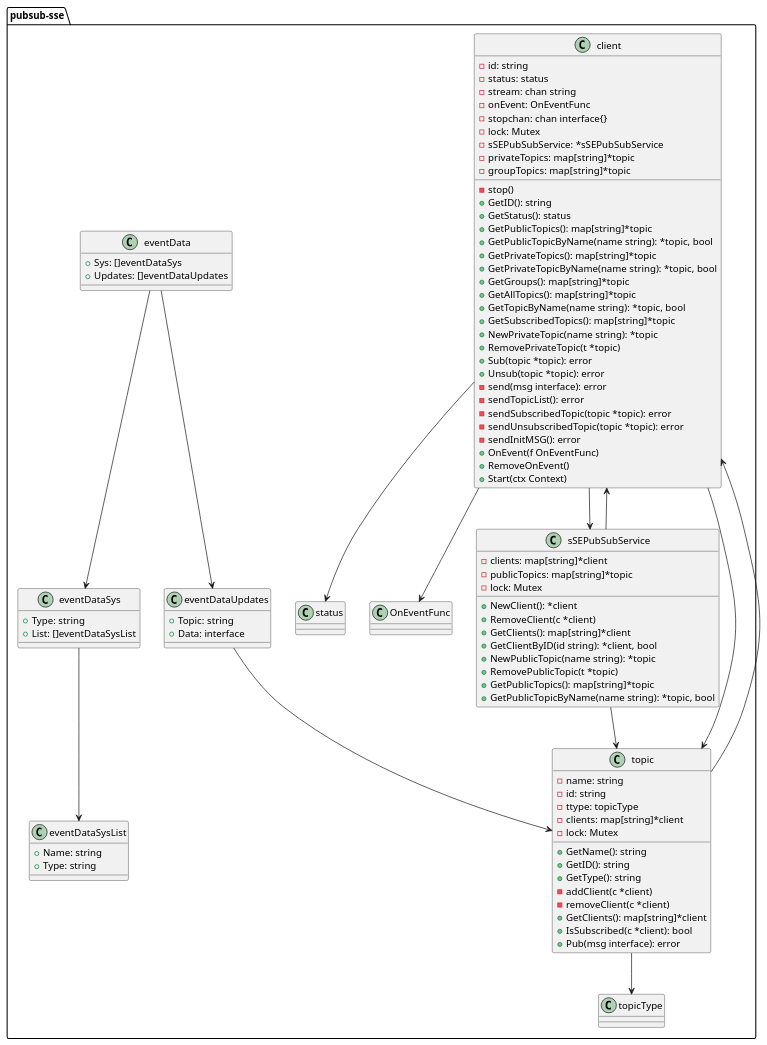
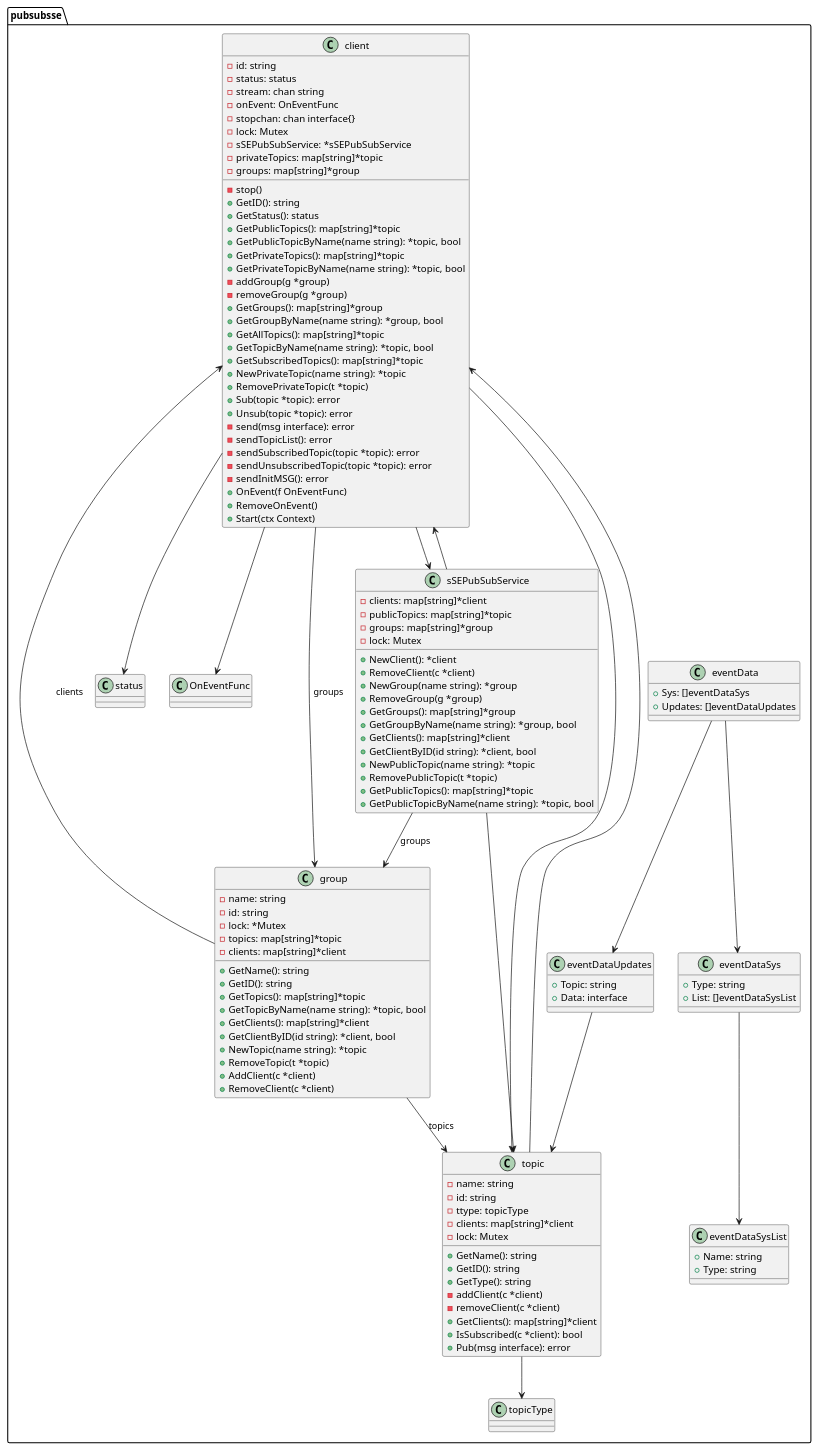
One commit to JulianKropp/pubsub-sse changed the diagram in docs/README.md. Above: the diagram before and after it, drawn with PlantUML. The commit also changed 1 other file, not shown here.

Commit message:
📝 Update uml

````diff
--- a/docs/README.md
+++ b/docs/README.md
@@ -154,7 +154,14 @@
 ```plantuml
 @startuml
-package pubsub-sse {
+package pubsubsse{
+class status {
 
+
+}
+class OnEventFunc {
+
+
+}
 class client {
 -id: string
 -status: status
@@ -164,7 +171,7 @@
 -lock: Mutex
 -sSEPubSubService: *sSEPubSubService
 -privateTopics: map[string]*topic
--groupTopics: map[string]*topic
+-groups: map[string]*group
 -stop()
 +GetID(): string
 +GetStatus(): status
@@ -172,7 +179,10 @@
 +GetPublicTopicByName(name string): *topic, bool
 +GetPrivateTopics(): map[string]*topic
 +GetPrivateTopicByName(name string): *topic, bool
-+GetGroups(): map[string]*topic
+-addGroup(g *group)
+-removeGroup(g *group)
++GetGroups(): map[string]*group
++GetGroupByName(name string): *group, bool
 +GetAllTopics(): map[string]*topic
 +GetTopicByName(name string): *topic, bool
 +GetSubscribedTopics(): map[string]*topic
@@ -189,26 +199,44 @@
 +RemoveOnEvent()
 +Start(ctx Context)
 }
-class status {
-
-
-}
-class OnEventFunc {
-
-
+class group {
+-name: string
+-id: string
+-lock: *Mutex
+-topics: map[string]*topic
+-clients: map[string]*client
++GetName(): string
++GetID(): string
++GetTopics(): map[string]*topic
++GetTopicByName(name string): *topic, bool
++GetClients(): map[string]*client
++GetClientByID(id string): *client, bool
++NewTopic(name string): *topic
++RemoveTopic(t *topic)
++AddClient(c *client)
++RemoveClient(c *client)
 }
 class sSEPubSubService {
 -clients: map[string]*client
 -publicTopics: map[string]*topic
+-groups: map[string]*group
 -lock: Mutex
 +NewClient(): *client
 +RemoveClient(c *client)
++NewGroup(name string): *group
++RemoveGroup(g *group)
++GetGroups(): map[string]*group
++GetGroupByName(name string): *group, bool
 +GetClients(): map[string]*client
 +GetClientByID(id string): *client, bool
 +NewPublicTopic(name string): *topic
 +RemovePublicTopic(t *topic)
 +GetPublicTopics(): map[string]*topic
 +GetPublicTopicByName(name string): *topic, bool
+}
+class topicType {
+
+
 }
 class topic {
 -name: string
@@ -225,6 +253,16 @@
 +IsSubscribed(c *client): bool
 +Pub(msg interface): error
 }
+class eventData {
++Sys: []eventDataSys
++Updates: []eventDataUpdates
+
+}
+class eventDataUpdates {
++Topic: string
++Data: interface
+
+}
 class eventDataSys {
 +Type: string
 +List: []eventDataSysList
@@ -233,20 +271,6 @@
 class eventDataSysList {
 +Name: string
 +Type: string
-
-}
-class topicType {
-
-
-}
-class eventData {
-+Sys: []eventDataSys
-+Updates: []eventDataUpdates
-
-}
-class eventDataUpdates {
-+Topic: string
-+Data: interface
 
 }
 }
@@ -262,6 +286,10 @@
 "eventDataUpdates" --> "topic"
 "eventData" --> "eventDataSys"
 "eventData" --> "eventDataUpdates"
+"client" --> "group" : groups
+"group" --> "topic" : topics
+"group" --> "client" : clients
+"sSEPubSubService" --> "group" : groups
 
 @enduml
 ```
````
